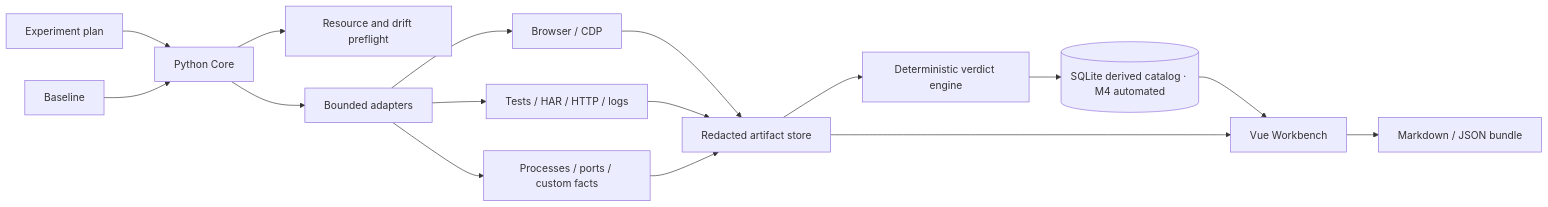
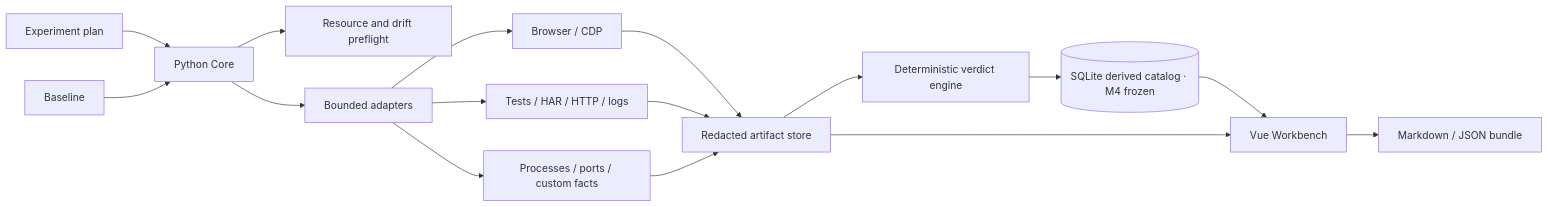
One commit to NoctilumeDev/VeriTrail changed the diagram in docs/02-architecture.md. Above: the diagram before and after it, drawn with Mermaid. The commit also changed other lines of this file and 4 other files, not shown here.

````diff
--- a/docs/02-architecture.md
+++ b/docs/02-architecture.md
@@ -10,18 +10,18 @@
 ```mermaid
 flowchart LR
     Plan["Experiment plan"] --> Core["Python Core"]
     Baseline["Baseline"] --> Core
     Core --> Preflight["Resource and drift preflight"]
     Core --> Adapters["Bounded adapters"]
     Adapters --> Browser["Browser / CDP"]
     Adapters --> Imports["Tests / HAR / HTTP / logs"]
     Adapters --> Facts["Processes / ports / custom facts"]
     Browser --> Artifacts["Redacted artifact store"]
     Imports --> Artifacts
     Facts --> Artifacts
     Artifacts --> Rules["Deterministic verdict engine"]
-    Rules --> SQLite[("SQLite derived catalog · M4 automated")]
+    Rules --> SQLite[("SQLite derived catalog · M4 frozen")]
     SQLite --> UI["Vue Workbench"]
     Artifacts --> UI
     UI --> Export["Markdown / JSON bundle"]
 ```
````
